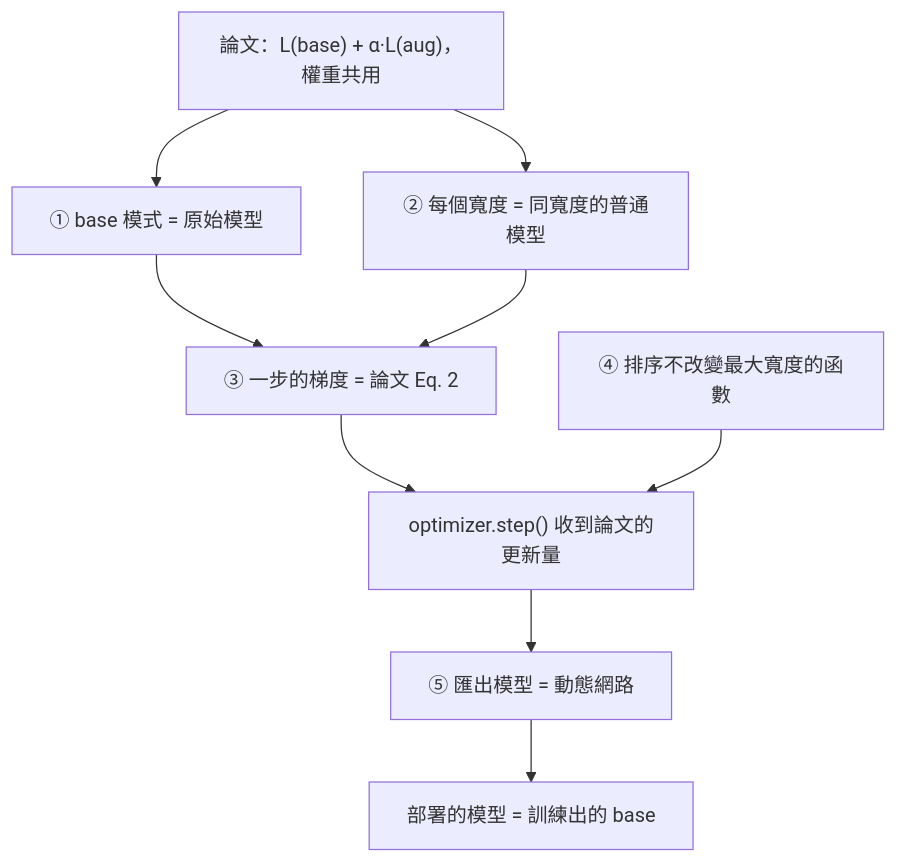
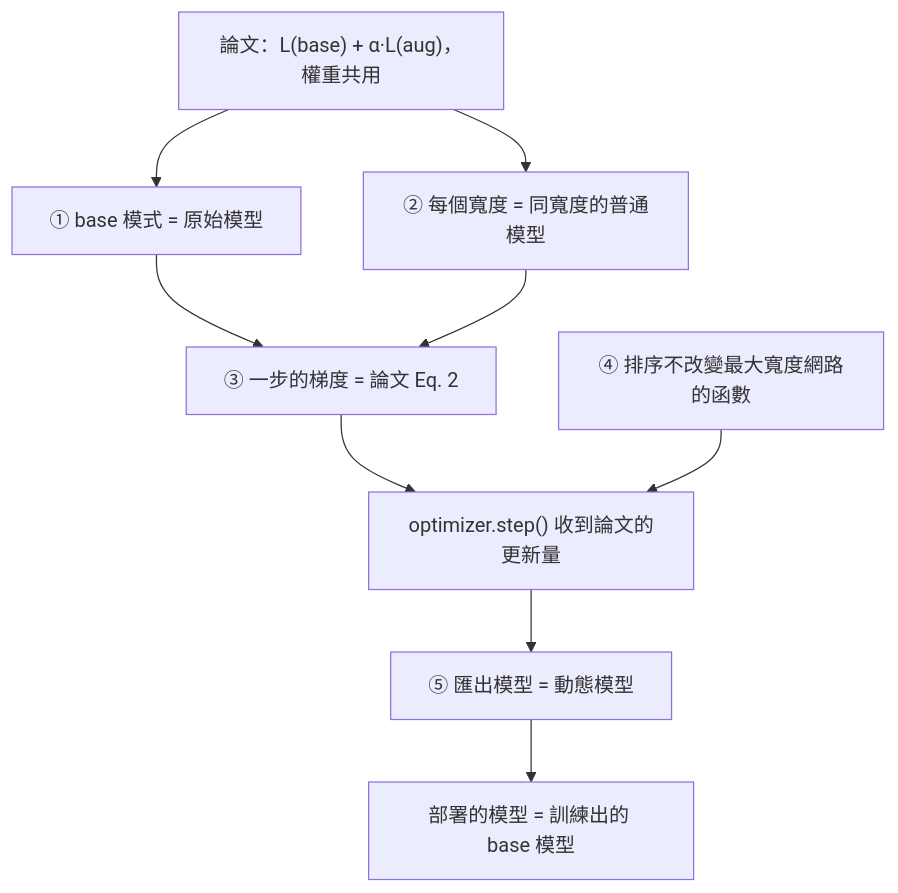
One commit to YuMingCorn/torchnetaug changed the fifth of 5 diagrams in docs/design.md. Above: the diagram before and after it, drawn with Mermaid. The commit also changed other lines of this file and 11 other files, not shown here.

First line of the commit message:
Docs: unify terms, add key points and Mermaid diagrams, tighten prose

````diff
--- a/docs/design.md
+++ b/docs/design.md
@@ -325,13 +377,13 @@
 ```mermaid
 flowchart TD
     P["論文：L(base) + α·L(aug)，權重共用"]
     A["① base 模式 = 原始模型"]
     B["② 每個寬度 = 同寬度的普通模型"]
     C["③ 一步的梯度 = 論文 Eq. 2"]
-    D["④ 排序不改變最大寬度的函數"]
-    E["⑤ 匯出模型 = 動態網路"]
+    D["④ 排序不改變最大寬度網路的函數"]
+    E["⑤ 匯出模型 = 動態模型"]
     P --> A & B
     A & B --> C
     C & D --> T["optimizer.step() 收到論文的更新量"]
-    T --> E --> Z["部署的模型 = 訓練出的 base"]
+    T --> E --> Z["部署的模型 = 訓練出的 base 模型"]
 ```
````
